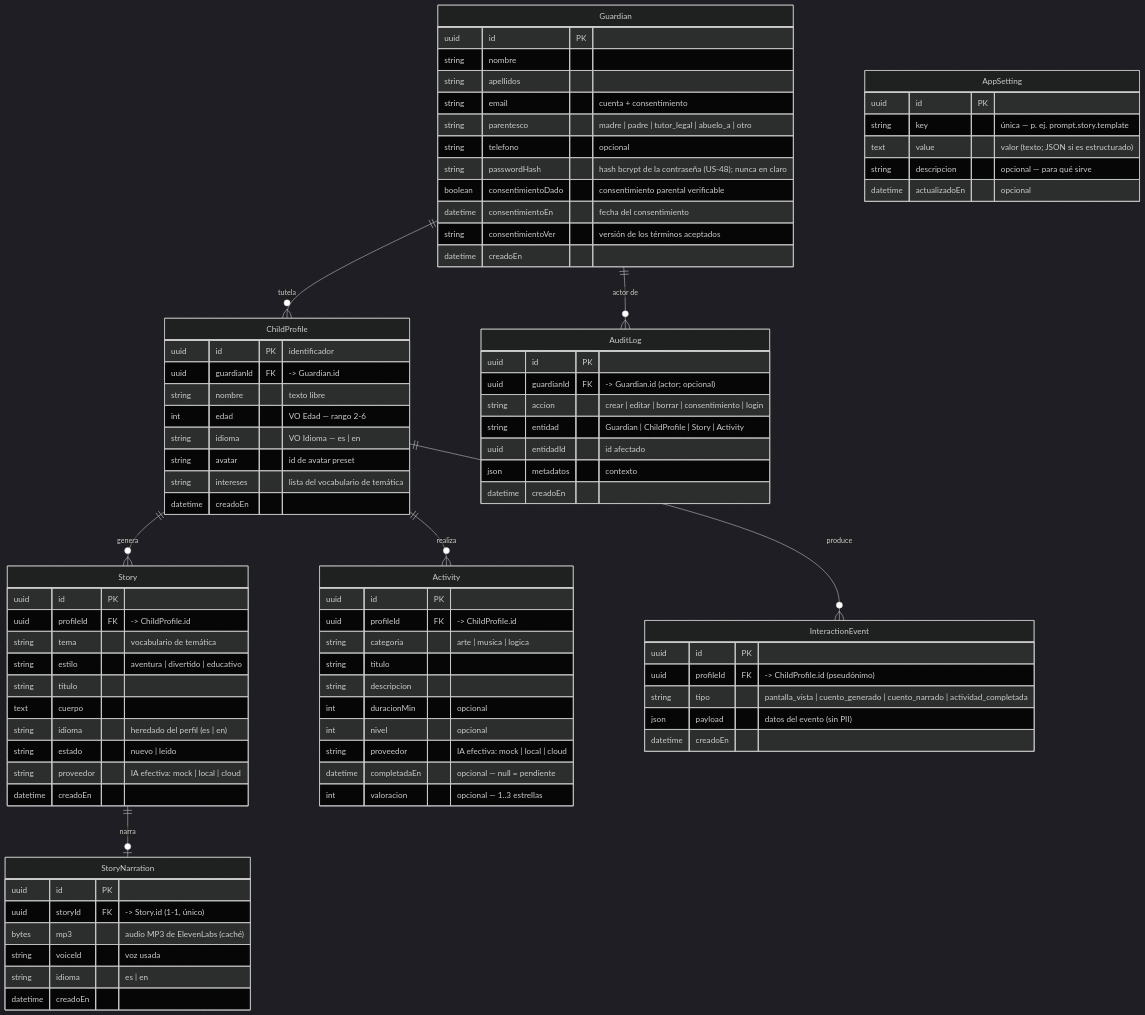
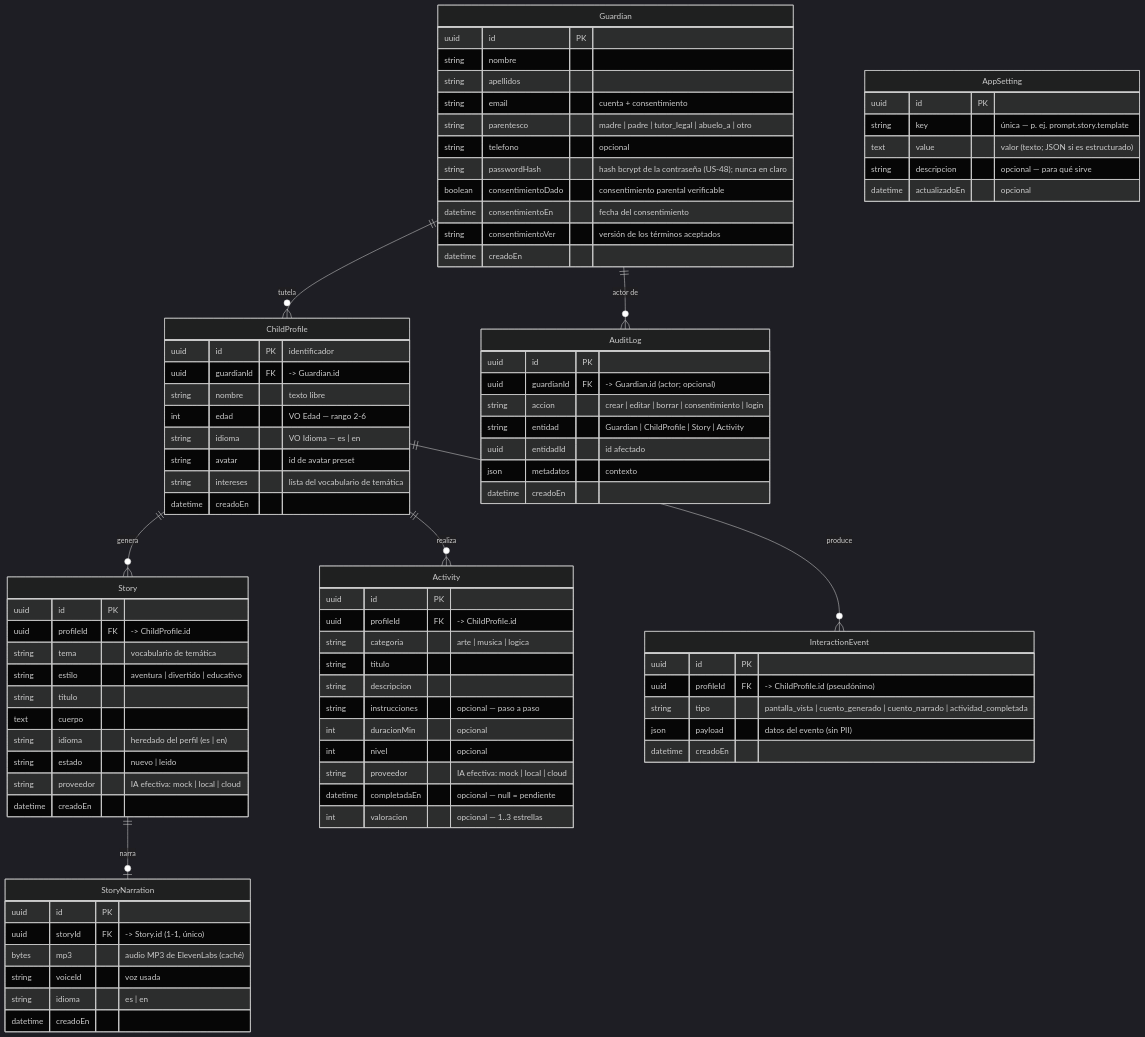
The diagram in Docs/modelo-datos.md (Mithor86-2/magyblobapp), drawn with Mermaid (dark theme) before and after one commit. The commit also changed 18 other files, not shown here.

```diff
--- a/Docs/modelo-datos.md
+++ b/Docs/modelo-datos.md
@@ -73,6 +73,7 @@
         string   categoria   "arte | musica | logica"
         string   titulo
         string   descripcion
+        string   instrucciones "opcional — paso a paso"
         int      duracionMin "opcional"
         int      nivel       "opcional"
         string   proveedor   "IA efectiva: mock | local | cloud"
```
